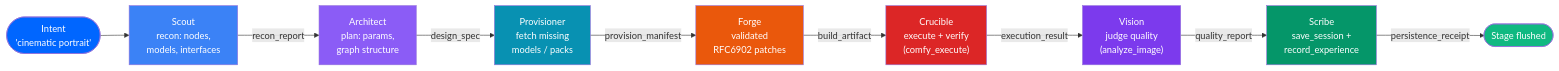
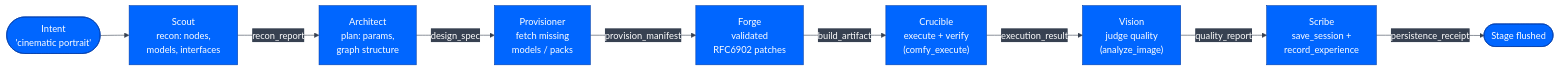
Diagram 11 of 26 in README.md (JosephOIbrahim/comfyui-agent), drawn with Mermaid before and after one commit. The commit also changed other lines of this file, not shown here.

Commit message:
[VERIFY] README — two-tone the 2 Cozy diagrams that PR #4 added with rainbow palette
PR #7 (merged) converted all 24 README mermaid diagrams to a two-tone
palette via per-block %%{init: ...}%% directives. PR #4 (merged after
#7) added 2 new diagrams to the "Cozy Constitution + MoE Chain"
section (MoE chain + self-healing ladder) — but those were authored
on a branch from before PR #7's transformation, so they landed with
the old rainbow `style X fill:#XXX,color:#fff` declarations.

This left master with 24 two-tone diagrams + 2 rainbow exceptions —
visual inconsistency that this commit resolves by applying PR #7's
exact transformation to the 2 outliers:

  - Strip 16 per-node `style X fill:...` lines (8 per diagram)
  - Prepend the same single-line init directive used elsewhere

The transformation is idempotent: blocks that already start with
`%%{init:` are skipped, so re-running the transform is a no-op.

Verified post-fix:
  $ grep -c '^```mermaid$' README.md  → 26
  $ grep -c '%%{init:' README.md      → 26
  $ grep -c '^    style ' README.md   →  0

Net change: 26/26 blocks consistent, −16 LoC.

https://claude.ai/code/session_016DLQzcyVArSTrR5DGciRGP

````diff
--- a/README.md
+++ b/README.md
@@ -542,21 +542,12 @@
 ```mermaid
+%%{init: {'theme':'base','themeVariables': {'primaryColor':'#0066FF','primaryTextColor':'#ffffff','primaryBorderColor':'#003eaa','lineColor':'#374151','secondaryColor':'#374151','tertiaryColor':'#1f2937','fontFamily':'monospace'}}}%%
 flowchart LR
     Intent(["Intent<br/>'cinematic portrait'"]) --> Scout
     Scout["Scout<br/>recon: nodes,<br/>models, interfaces"] -->|recon_report| Architect
     Architect["Architect<br/>plan: params,<br/>graph structure"] -->|design_spec| Provisioner
     Provisioner["Provisioner<br/>fetch missing<br/>models / packs"] -->|provision_manifest| Forge
     Forge["Forge<br/>validated<br/>RFC6902 patches"] -->|build_artifact| Crucible
     Crucible["Crucible<br/>execute + verify<br/>(comfy_execute)"] -->|execution_result| Vision
     Vision["Vision<br/>judge quality<br/>(analyze_image)"] -->|quality_report| Scribe
     Scribe["Scribe<br/>save_session +<br/>record_experience"] -->|persistence_receipt| Done(["Stage flushed"])
-
-    style Intent fill:#0066FF,color:#fff
-    style Scout fill:#3b82f6,color:#fff
-    style Architect fill:#8b5cf6,color:#fff
-    style Provisioner fill:#0891b2,color:#fff
-    style Forge fill:#ea580c,color:#fff
-    style Crucible fill:#dc2626,color:#fff
-    style Vision fill:#7c3aed,color:#fff
-    style Scribe fill:#059669,color:#fff
-    style Done fill:#10b981,color:#fff
 ```
````
